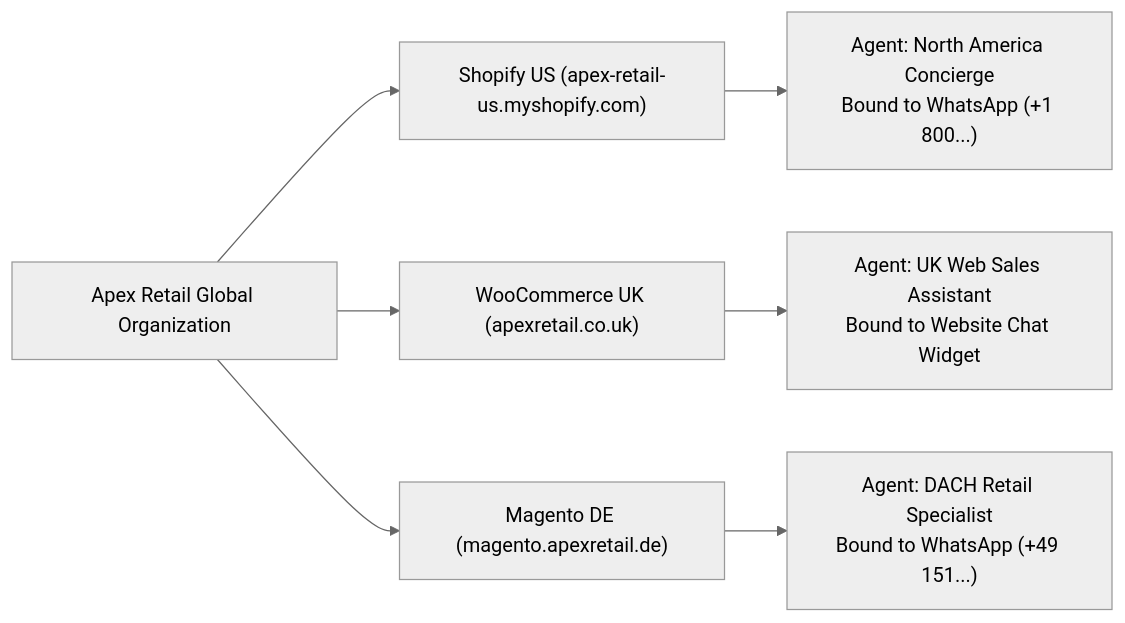
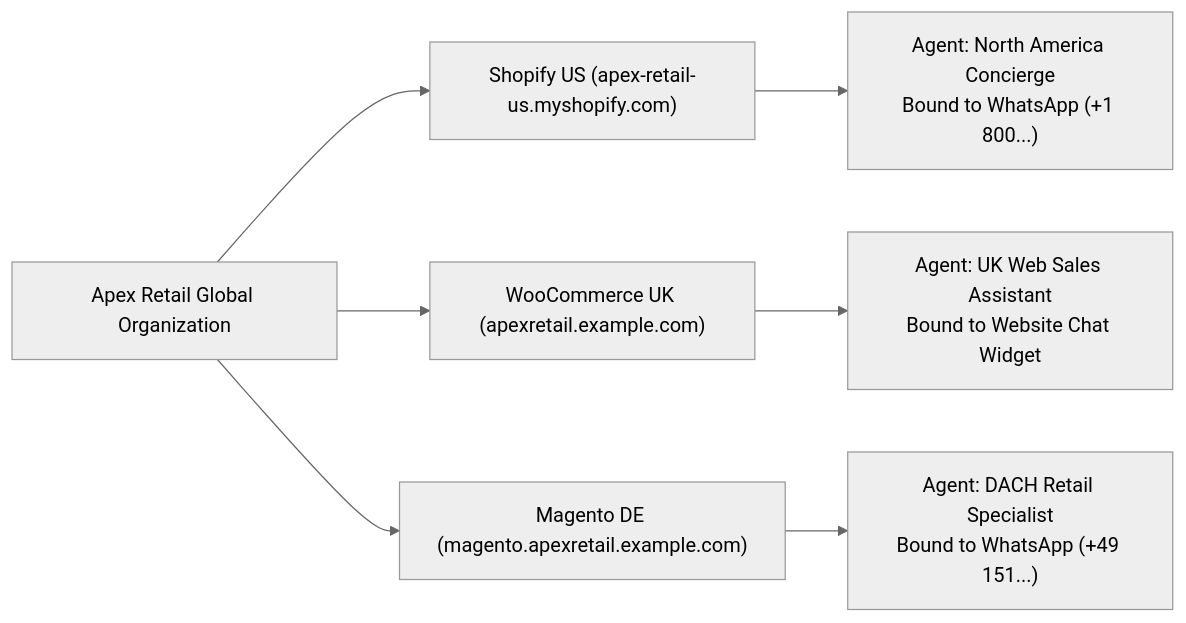
One commit to Cerebronix-AI/cerebronix-docs changed the second of 2 diagrams in apps/docs/content/docs/ecommerce/external-store-integrations.mdx. Above: the diagram before and after it, drawn with Mermaid (neutral theme). The commit also changed other lines of this file and 32 other files, not shown here.

Commit message:
feat(docs): enforce black-box architecture and information disclosure safeguards

````diff
--- a/apps/docs/content/docs/ecommerce/external-store-integrations.mdx
+++ b/apps/docs/content/docs/ecommerce/external-store-integrations.mdx
@@ -149,10 +149,10 @@
 ```mermaid
 graph LR
     Org["Apex Retail Global Organization"] --> Inst1["Shopify US (apex-retail-us.myshopify.com)"]
-    Org --> Inst2["WooCommerce UK (apexretail.co.uk)"]
-    Org --> Inst3["Magento DE (magento.apexretail.de)"]
+    Org --> Inst2["WooCommerce UK (apexretail.example.com)"]
+    Org --> Inst3["Magento DE (magento.apexretail.example.com)"]
 
     Inst1 --> Agent1["Agent: North America Concierge<br/>Bound to WhatsApp (+1 800...)"]
     Inst2 --> Agent2["Agent: UK Web Sales Assistant<br/>Bound to Website Chat Widget"]
     Inst3 --> Agent3["Agent: DACH Retail Specialist<br/>Bound to WhatsApp (+49 151...)"]
 ```
````
